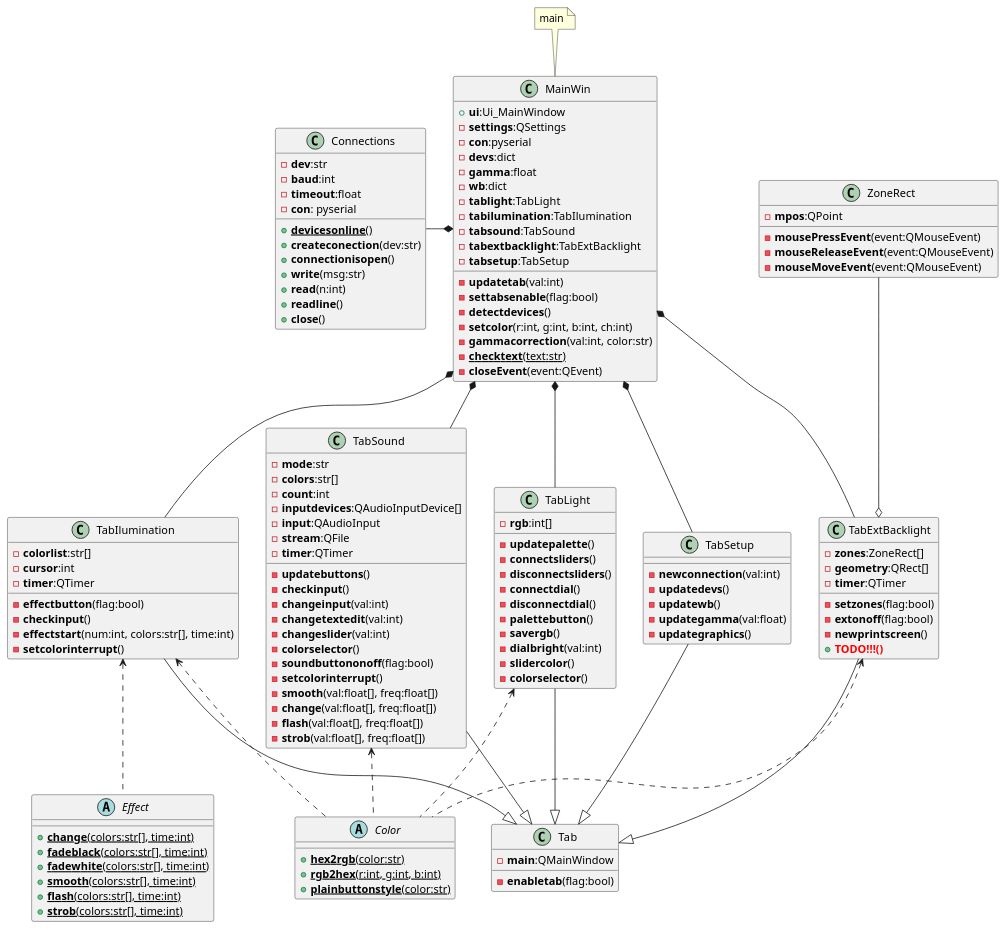
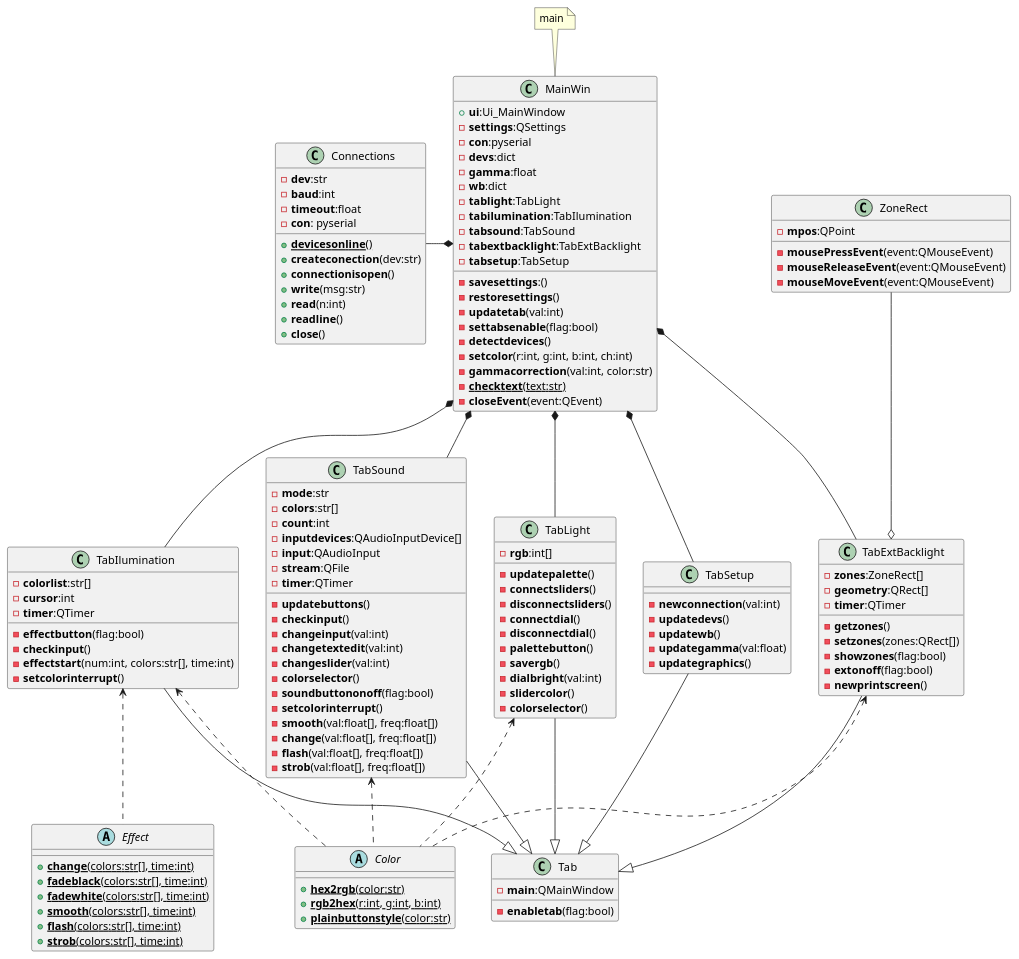
The diagram in docs/UML/Class.puml (elektro-NIK/P3DA), drawn with PlantUML before and after one commit.

Commit message:
Updated UML

```diff
--- a/docs/UML/Class.puml
+++ b/docs/UML/Class.puml
@@ -1,152 +1,154 @@
 @startuml
 
 class Connections {
     - <b>dev</b>:str
     - <b>baud</b>:int
     - <b>timeout</b>:float
     - <b>con</b>: pyserial
     + <b>{static} devicesonline</b>()
     + <b>createconection</b>(dev:str)
     + <b>connectionisopen</b>()
     + <b>write</b>(msg:str)
     + <b>read</b>(n:int)
     + <b>readline</b>()
     + <b>close</b>()
 }
 
 abstract class Color{
     + <b>{static} hex2rgb</b>(color:str)
     + <b>{static} rgb2hex</b>(r:int, g:int, b:int)
     + <b>{static} plainbuttonstyle</b>(color:str)
 }
 
 abstract class Effect {
     + <b>{static} change</b>(colors:str[], time:int)
     + <b>{static} fadeblack</b>(colors:str[], time:int)
     + <b>{static} fadewhite</b>(colors:str[], time:int)
     + <b>{static} smooth</b>(colors:str[], time:int)
     + <b>{static} flash</b>(colors:str[], time:int)
     + <b>{static} strob</b>(colors:str[], time:int)
 }
 
 class Tab {
     - <b>main</b>:QMainWindow
     - <b>enabletab</b>(flag:bool)
 }
 
 class TabLight {
     - <b>rgb</b>:int[]
     - <b>updatepalette</b>()
     - <b>connectsliders</b>()
     - <b>disconnectsliders</b>()
     - <b>connectdial</b>()
     - <b>disconnectdial</b>()
     - <b>palettebutton</b>()
     - <b>savergb</b>()
     - <b>dialbright</b>(val:int)
     - <b>slidercolor</b>()
     - <b>colorselector</b>()
 }
 
 class TabIlumination {
     - <b>colorlist</b>:str[]
     - <b>cursor</b>:int
     - <b>timer</b>:QTimer
     - <b>effectbutton</b>(flag:bool)
     - <b>checkinput</b>()
     - <b>effectstart</b>(num:int, colors:str[], time:int)
     - <b>setcolorinterrupt</b>()
 }
 
 class TabSound {
     - <b>mode</b>:str
     - <b>colors</b>:str[]
     - <b>count</b>:int
     - <b>inputdevices</b>:QAudioInputDevice[]
     - <b>input</b>:QAudioInput
     - <b>stream</b>:QFile
     - <b>timer</b>:QTimer
     - <b>updatebuttons</b>()
     - <b>checkinput</b>()
     - <b>changeinput</b>(val:int)
     - <b>changetextedit</b>(val:int)
     - <b>changeslider</b>(val:int)
     - <b>colorselector</b>()
     - <b>soundbuttononoff</b>(flag:bool)
     - <b>setcolorinterrupt</b>()
     - <b>smooth</b>(val:float[], freq:float[])
     - <b>change</b>(val:float[], freq:float[])
     - <b>flash</b>(val:float[], freq:float[])
     - <b>strob</b>(val:float[], freq:float[])
 }
 
 class TabExtBacklight {
     - <b>zones</b>:ZoneRect[]
     - <b>geometry</b>:QRect[]
     - <b>timer</b>:QTimer
-    - <b>setzones</b>(flag:bool)
+    - <b>getzones</b>()
+    - <b>setzones</b>(zones:QRect[])
+    - <b>showzones</b>(flag:bool)
     - <b>extonoff</b>(flag:bool)
     - <b>newprintscreen</b>()
-    + <b><font color=#ff0000>TODO!!!()</font></b>
-
 }
 
 class TabSetup {
     - <b>newconnection</b>(val:int)
     - <b>updatedevs</b>()
     - <b>updatewb</b>()
     - <b>updategamma</b>(val:float)
     - <b>updategraphics</b>()
 }
 
 class ZoneRect {
     - <b>mpos</b>:QPoint
     - <b>mousePressEvent</b>(event:QMouseEvent)
     - <b>mouseReleaseEvent</b>(event:QMouseEvent)
     - <b>mouseMoveEvent</b>(event:QMouseEvent)
 }
 
 class MainWin {
     + <b>ui</b>:Ui_MainWindow
     - <b>settings</b>:QSettings
     - <b>con</b>:pyserial
     - <b>devs</b>:dict
     - <b>gamma</b>:float
     - <b>wb</b>:dict
     - <b>tablight</b>:TabLight
     - <b>tabilumination</b>:TabIlumination
     - <b>tabsound</b>:TabSound
     - <b>tabextbacklight</b>:TabExtBacklight
     - <b>tabsetup</b>:TabSetup
+    - <b>savesettings</b>:()
+    - <b>restoresettings</b>()
     - <b>updatetab</b>(val:int)
     - <b>settabsenable</b>(flag:bool)
     - <b>detectdevices</b>()
     - <b>setcolor</b>(r:int, g:int, b:int, ch:int)
     - <b>gammacorrection</b>(val:int, color:str)
     - <b>{static}checktext</b>(text:str)
     - <b>closeEvent</b>(event:QEvent)
 }
 
 note top of MainWin
     main
 end note
 
 MainWin          *-left-  Connections
 MainWin          *-down-  TabLight
 MainWin          *-down-  TabIlumination
 MainWin          *-down-  TabSound
 MainWin          *-down-  TabExtBacklight
 MainWin          *-down-  TabSetup
 Tab              <|-up-   TabLight
 Tab              <|-up-   TabIlumination
 Tab              <|-up-   TabSound
 Tab              <|-up-   TabExtBacklight
 Tab              <|-up-   TabSetup
 TabExtBacklight  o-up-    ZoneRect
 TabIlumination   <.down.  Effect
 TabLight         <.down.  Color
 TabIlumination   <.down.  Color
 TabSound         <.down.  Color
 TabExtBacklight  <.down.  Color
 
 @enduml
```
